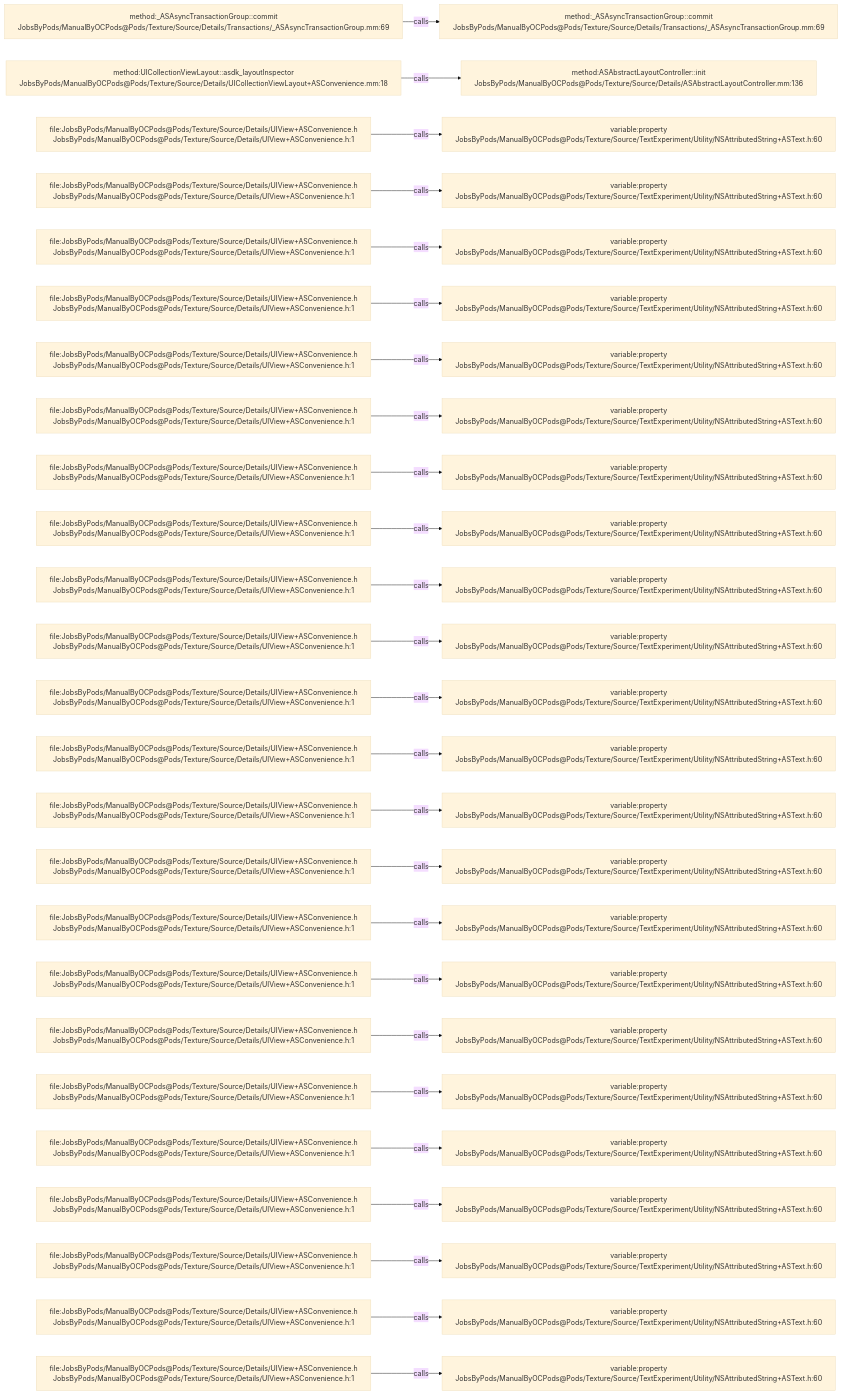
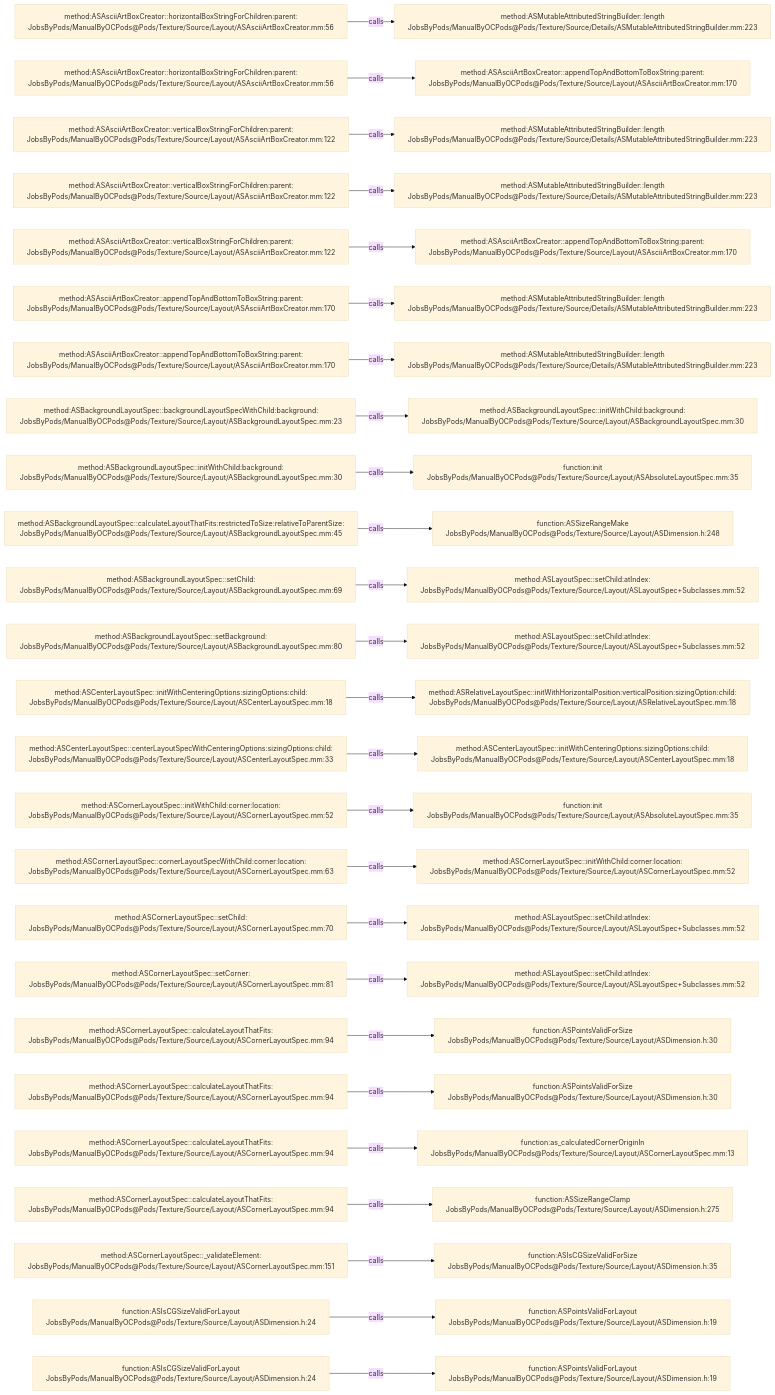
Before and after one commit to JobsKits/JobsOCBaseConfigDemo: the diagram in .codegraph/codegraph.md/graphs/calls-177.md, drawn with Mermaid (base theme). The commit also changed 1223 other files, not shown here.

````diff
--- a/.codegraph/codegraph.md/graphs/calls-177.md
+++ b/.codegraph/codegraph.md/graphs/calls-177.md
@@ -13,78 +13,78 @@
 ```mermaid
 flowchart LR
-  S1["method:_ASAsyncTransactionGroup::commit<br/>JobsByPods/ManualByOCPods@Pods/Texture/Source/Details/Transactions/_ASAsyncTransactionGroup.mm:69"]
-  T1["method:_ASAsyncTransactionGroup::commit<br/>JobsByPods/ManualByOCPods@Pods/Texture/Source/Details/Transactions/_ASAsyncTransactionGroup.mm:69"]
+  S1["method:ASAsciiArtBoxCreator::horizontalBoxStringForChildren:parent:<br/>JobsByPods/ManualByOCPods@Pods/Texture/Source/Layout/ASAsciiArtBoxCreator.mm:56"]
+  T1["method:ASMutableAttributedStringBuilder::length<br/>JobsByPods/ManualByOCPods@Pods/Texture/Source/Details/ASMutableAttributedStringBuilder.mm:223"]
   S1 -->|calls| T1
-  S2["method:UICollectionViewLayout::asdk_layoutInspector<br/>JobsByPods/ManualByOCPods@Pods/Texture/Source/Details/UICollectionViewLayout+ASConvenience.mm:18"]
-  T2["method:ASAbstractLayoutController::init<br/>JobsByPods/ManualByOCPods@Pods/Texture/Source/Details/ASAbstractLayoutController.mm:136"]
+  S2["method:ASAsciiArtBoxCreator::horizontalBoxStringForChildren:parent:<br/>JobsByPods/ManualByOCPods@Pods/Texture/Source/Layout/ASAsciiArtBoxCreator.mm:56"]
+  T2["method:ASAsciiArtBoxCreator::appendTopAndBottomToBoxString:parent:<br/>JobsByPods/ManualByOCPods@Pods/Texture/Source/Layout/ASAsciiArtBoxCreator.mm:170"]
   S2 -->|calls| T2
-  S3["file:JobsByPods/ManualByOCPods@Pods/Texture/Source/Details/UIView+ASConvenience.h<br/>JobsByPods/ManualByOCPods@Pods/Texture/Source/Details/UIView+ASConvenience.h:1"]
-  T3["variable:property<br/>JobsByPods/ManualByOCPods@Pods/Texture/Source/TextExperiment/Utility/NSAttributedString+ASText.h:60"]
+  S3["method:ASAsciiArtBoxCreator::verticalBoxStringForChildren:parent:<br/>JobsByPods/ManualByOCPods@Pods/Texture/Source/Layout/ASAsciiArtBoxCreator.mm:122"]
+  T3["method:ASMutableAttributedStringBuilder::length<br/>JobsByPods/ManualByOCPods@Pods/Texture/Source/Details/ASMutableAttributedStringBuilder.mm:223"]
   S3 -->|calls| T3
-  S4["file:JobsByPods/ManualByOCPods@Pods/Texture/Source/Details/UIView+ASConvenience.h<br/>JobsByPods/ManualByOCPods@Pods/Texture/Source/Details/UIView+ASConvenience.h:1"]
-  T4["variable:property<br/>JobsByPods/ManualByOCPods@Pods/Texture/Source/TextExperiment/Utility/NSAttributedString+ASText.h:60"]
+  S4["method:ASAsciiArtBoxCreator::verticalBoxStringForChildren:parent:<br/>JobsByPods/ManualByOCPods@Pods/Texture/Source/Layout/ASAsciiArtBoxCreator.mm:122"]
+  T4["method:ASMutableAttributedStringBuilder::length<br/>JobsByPods/ManualByOCPods@Pods/Texture/Source/Details/ASMutableAttributedStringBuilder.mm:223"]
   S4 -->|calls| T4
-  S5["file:JobsByPods/ManualByOCPods@Pods/Texture/Source/Details/UIView+ASConvenience.h<br/>JobsByPods/ManualByOCPods@Pods/Texture/Source/Details/UIView+ASConvenience.h:1"]
-  T5["variable:property<br/>JobsByPods/ManualByOCPods@Pods/Texture/Source/TextExperiment/Utility/NSAttributedString+ASText.h:60"]
+  S5["method:ASAsciiArtBoxCreator::verticalBoxStringForChildren:parent:<br/>JobsByPods/ManualByOCPods@Pods/Texture/Source/Layout/ASAsciiArtBoxCreator.mm:122"]
+  T5["method:ASAsciiArtBoxCreator::appendTopAndBottomToBoxString:parent:<br/>JobsByPods/ManualByOCPods@Pods/Texture/Source/Layout/ASAsciiArtBoxCreator.mm:170"]
   S5 -->|calls| T5
-  S6["file:JobsByPods/ManualByOCPods@Pods/Texture/Source/Details/UIView+ASConvenience.h<br/>JobsByPods/ManualByOCPods@Pods/Texture/Source/Details/UIView+ASConvenience.h:1"]
-  T6["variable:property<br/>JobsByPods/ManualByOCPods@Pods/Texture/Source/TextExperiment/Utility/NSAttributedString+ASText.h:60"]
+  S6["method:ASAsciiArtBoxCreator::appendTopAndBottomToBoxString:parent:<br/>JobsByPods/ManualByOCPods@Pods/Texture/Source/Layout/ASAsciiArtBoxCreator.mm:170"]
+  T6["method:ASMutableAttributedStringBuilder::length<br/>JobsByPods/ManualByOCPods@Pods/Texture/Source/Details/ASMutableAttributedStringBuilder.mm:223"]
   S6 -->|calls| T6
-  S7["file:JobsByPods/ManualByOCPods@Pods/Texture/Source/Details/UIView+ASConvenience.h<br/>JobsByPods/ManualByOCPods@Pods/Texture/Source/Details/UIView+ASConvenience.h:1"]
-  T7["variable:property<br/>JobsByPods/ManualByOCPods@Pods/Texture/Source/TextExperiment/Utility/NSAttributedString+ASText.h:60"]
+  S7["method:ASAsciiArtBoxCreator::appendTopAndBottomToBoxString:parent:<br/>JobsByPods/ManualByOCPods@Pods/Texture/Source/Layout/ASAsciiArtBoxCreator.mm:170"]
+  T7["method:ASMutableAttributedStringBuilder::length<br/>JobsByPods/ManualByOCPods@Pods/Texture/Source/Details/ASMutableAttributedStringBuilder.mm:223"]
   S7 -->|calls| T7
-  S8["file:JobsByPods/ManualByOCPods@Pods/Texture/Source/Details/UIView+ASConvenience.h<br/>JobsByPods/ManualByOCPods@Pods/Texture/Source/Details/UIView+ASConvenience.h:1"]
-  T8["variable:property<br/>JobsByPods/ManualByOCPods@Pods/Texture/Source/TextExperiment/Utility/NSAttributedString+ASText.h:60"]
+  S8["method:ASBackgroundLayoutSpec::backgroundLayoutSpecWithChild:background:<br/>JobsByPods/ManualByOCPods@Pods/Texture/Source/Layout/ASBackgroundLayoutSpec.mm:23"]
+  T8["method:ASBackgroundLayoutSpec::initWithChild:background:<br/>JobsByPods/ManualByOCPods@Pods/Texture/Source/Layout/ASBackgroundLayoutSpec.mm:30"]
   S8 -->|calls| T8
-  S9["file:JobsByPods/ManualByOCPods@Pods/Texture/Source/Details/UIView+ASConvenience.h<br/>JobsByPods/ManualByOCPods@Pods/Texture/Source/Details/UIView+ASConvenience.h:1"]
-  T9["variable:property<br/>JobsByPods/ManualByOCPods@Pods/Texture/Source/TextExperiment/Utility/NSAttributedString+ASText.h:60"]
+  S9["method:ASBackgroundLayoutSpec::initWithChild:background:<br/>JobsByPods/ManualByOCPods@Pods/Texture/Source/Layout/ASBackgroundLayoutSpec.mm:30"]
+  T9["function:init<br/>JobsByPods/ManualByOCPods@Pods/Texture/Source/Layout/ASAbsoluteLayoutSpec.mm:35"]
   S9 -->|calls| T9
-  S10["file:JobsByPods/ManualByOCPods@Pods/Texture/Source/Details/UIView+ASConvenience.h<br/>JobsByPods/ManualByOCPods@Pods/Texture/Source/Details/UIView+ASConvenience.h:1"]
-  T10["variable:property<br/>JobsByPods/ManualByOCPods@Pods/Texture/Source/TextExperiment/Utility/NSAttributedString+ASText.h:60"]
+  S10["method:ASBackgroundLayoutSpec::calculateLayoutThatFits:restrictedToSize:relativeToParentSize:<br/>JobsByPods/ManualByOCPods@Pods/Texture/Source/Layout/ASBackgroundLayoutSpec.mm:45"]
+  T10["function:ASSizeRangeMake<br/>JobsByPods/ManualByOCPods@Pods/Texture/Source/Layout/ASDimension.h:248"]
   S10 -->|calls| T10
-  S11["file:JobsByPods/ManualByOCPods@Pods/Texture/Source/Details/UIView+ASConvenience.h<br/>JobsByPods/ManualByOCPods@Pods/Texture/Source/Details/UIView+ASConvenience.h:1"]
-  T11["variable:property<br/>JobsByPods/ManualByOCPods@Pods/Texture/Source/TextExperiment/Utility/NSAttributedString+ASText.h:60"]
+  S11["method:ASBackgroundLayoutSpec::setChild:<br/>JobsByPods/ManualByOCPods@Pods/Texture/Source/Layout/ASBackgroundLayoutSpec.mm:69"]
+  T11["method:ASLayoutSpec::setChild:atIndex:<br/>JobsByPods/ManualByOCPods@Pods/Texture/Source/Layout/ASLayoutSpec+Subclasses.mm:52"]
   S11 -->|calls| T11
-  S12["file:JobsByPods/ManualByOCPods@Pods/Texture/Source/Details/UIView+ASConvenience.h<br/>JobsByPods/ManualByOCPods@Pods/Texture/Source/Details/UIView+ASConvenience.h:1"]
-  T12["variable:property<br/>JobsByPods/ManualByOCPods@Pods/Texture/Source/TextExperiment/Utility/NSAttributedString+ASText.h:60"]
+  S12["method:ASBackgroundLayoutSpec::setBackground:<br/>JobsByPods/ManualByOCPods@Pods/Texture/Source/Layout/ASBackgroundLayoutSpec.mm:80"]
+  T12["method:ASLayoutSpec::setChild:atIndex:<br/>JobsByPods/ManualByOCPods@Pods/Texture/Source/Layout/ASLayoutSpec+Subclasses.mm:52"]
   S12 -->|calls| T12
-  S13["file:JobsByPods/ManualByOCPods@Pods/Texture/Source/Details/UIView+ASConvenience.h<br/>JobsByPods/ManualByOCPods@Pods/Texture/Source/Details/UIView+ASConvenience.h:1"]
-  T13["variable:property<br/>JobsByPods/ManualByOCPods@Pods/Texture/Source/TextExperiment/Utility/NSAttributedString+ASText.h:60"]
+  S13["method:ASCenterLayoutSpec::initWithCenteringOptions:sizingOptions:child:<br/>JobsByPods/ManualByOCPods@Pods/Texture/Source/Layout/ASCenterLayoutSpec.mm:18"]
+  T13["method:ASRelativeLayoutSpec::initWithHorizontalPosition:verticalPosition:sizingOption:child:<br/>JobsByPods/ManualByOCPods@Pods/Texture/Source/Layout/ASRelativeLayoutSpec.mm:18"]
   S13 -->|calls| T13
-  S14["file:JobsByPods/ManualByOCPods@Pods/Texture/Source/Details/UIView+ASConvenience.h<br/>JobsByPods/ManualByOCPods@Pods/Texture/Source/Details/UIView+ASConvenience.h:1"]
-  T14["variable:property<br/>JobsByPods/ManualByOCPods@Pods/Texture/Source/TextExperiment/Utility/NSAttributedString+ASText.h:60"]
+  S14["method:ASCenterLayoutSpec::centerLayoutSpecWithCenteringOptions:sizingOptions:child:<br/>JobsByPods/ManualByOCPods@Pods/Texture/Source/Layout/ASCenterLayoutSpec.mm:33"]
+  T14["method:ASCenterLayoutSpec::initWithCenteringOptions:sizingOptions:child:<br/>JobsByPods/ManualByOCPods@Pods/Texture/Source/Layout/ASCenterLayoutSpec.mm:18"]
   S14 -->|calls| T14
-  S15["file:JobsByPods/ManualByOCPods@Pods/Texture/Source/Details/UIView+ASConvenience.h<br/>JobsByPods/ManualByOCPods@Pods/Texture/Source/Details/UIView+ASConvenience.h:1"]
-  T15["variable:property<br/>JobsByPods/ManualByOCPods@Pods/Texture/Source/TextExperiment/Utility/NSAttributedString+ASText.h:60"]
+  S15["method:ASCornerLayoutSpec::initWithChild:corner:location:<br/>JobsByPods/ManualByOCPods@Pods/Texture/Source/Layout/ASCornerLayoutSpec.mm:52"]
+  T15["function:init<br/>JobsByPods/ManualByOCPods@Pods/Texture/Source/Layout/ASAbsoluteLayoutSpec.mm:35"]
   S15 -->|calls| T15
-  S16["file:JobsByPods/ManualByOCPods@Pods/Texture/Source/Details/UIView+ASConvenience.h<br/>JobsByPods/ManualByOCPods@Pods/Texture/Source/Details/UIView+ASConvenience.h:1"]
-  T16["variable:property<br/>JobsByPods/ManualByOCPods@Pods/Texture/Source/TextExperiment/Utility/NSAttributedString+ASText.h:60"]
+  S16["method:ASCornerLayoutSpec::cornerLayoutSpecWithChild:corner:location:<br/>JobsByPods/ManualByOCPods@Pods/Texture/Source/Layout/ASCornerLayoutSpec.mm:63"]
+  T16["method:ASCornerLayoutSpec::initWithChild:corner:location:<br/>JobsByPods/ManualByOCPods@Pods/Texture/Source/Layout/ASCornerLayoutSpec.mm:52"]
   S16 -->|calls| T16
-  S17["file:JobsByPods/ManualByOCPods@Pods/Texture/Source/Details/UIView+ASConvenience.h<br/>JobsByPods/ManualByOCPods@Pods/Texture/Source/Details/UIView+ASConvenience.h:1"]
-  T17["variable:property<br/>JobsByPods/ManualByOCPods@Pods/Texture/Source/TextExperiment/Utility/NSAttributedString+ASText.h:60"]
+  S17["method:ASCornerLayoutSpec::setChild:<br/>JobsByPods/ManualByOCPods@Pods/Texture/Source/Layout/ASCornerLayoutSpec.mm:70"]
+  T17["method:ASLayoutSpec::setChild:atIndex:<br/>JobsByPods/ManualByOCPods@Pods/Texture/Source/Layout/ASLayoutSpec+Subclasses.mm:52"]
   S17 -->|calls| T17
-  S18["file:JobsByPods/ManualByOCPods@Pods/Texture/Source/Details/UIView+ASConvenience.h<br/>JobsByPods/ManualByOCPods@Pods/Texture/Source/Details/UIView+ASConvenience.h:1"]
-  T18["variable:property<br/>JobsByPods/ManualByOCPods@Pods/Texture/Source/TextExperiment/Utility/NSAttributedString+ASText.h:60"]
+  S18["method:ASCornerLayoutSpec::setCorner:<br/>JobsByPods/ManualByOCPods@Pods/Texture/Source/Layout/ASCornerLayoutSpec.mm:81"]
+  T18["method:ASLayoutSpec::setChild:atIndex:<br/>JobsByPods/ManualByOCPods@Pods/Texture/Source/Layout/ASLayoutSpec+Subclasses.mm:52"]
   S18 -->|calls| T18
-  S19["file:JobsByPods/ManualByOCPods@Pods/Texture/Source/Details/UIView+ASConvenience.h<br/>JobsByPods/ManualByOCPods@Pods/Texture/Source/Details/UIView+ASConvenience.h:1"]
-  T19["variable:property<br/>JobsByPods/ManualByOCPods@Pods/Texture/Source/TextExperiment/Utility/NSAttributedString+ASText.h:60"]
+  S19["method:ASCornerLayoutSpec::calculateLayoutThatFits:<br/>JobsByPods/ManualByOCPods@Pods/Texture/Source/Layout/ASCornerLayoutSpec.mm:94"]
+  T19["function:ASPointsValidForSize<br/>JobsByPods/ManualByOCPods@Pods/Texture/Source/Layout/ASDimension.h:30"]
   S19 -->|calls| T19
-  S20["file:JobsByPods/ManualByOCPods@Pods/Texture/Source/Details/UIView+ASConvenience.h<br/>JobsByPods/ManualByOCPods@Pods/Texture/Source/Details/UIView+ASConvenience.h:1"]
-  T20["variable:property<br/>JobsByPods/ManualByOCPods@Pods/Texture/Source/TextExperiment/Utility/NSAttributedString+ASText.h:60"]
+  S20["method:ASCornerLayoutSpec::calculateLayoutThatFits:<br/>JobsByPods/ManualByOCPods@Pods/Texture/Source/Layout/ASCornerLayoutSpec.mm:94"]
+  T20["function:ASPointsValidForSize<br/>JobsByPods/ManualByOCPods@Pods/Texture/Source/Layout/ASDimension.h:30"]
   S20 -->|calls| T20
-  S21["file:JobsByPods/ManualByOCPods@Pods/Texture/Source/Details/UIView+ASConvenience.h<br/>JobsByPods/ManualByOCPods@Pods/Texture/Source/Details/UIView+ASConvenience.h:1"]
-  T21["variable:property<br/>JobsByPods/ManualByOCPods@Pods/Texture/Source/TextExperiment/Utility/NSAttributedString+ASText.h:60"]
+  S21["method:ASCornerLayoutSpec::calculateLayoutThatFits:<br/>JobsByPods/ManualByOCPods@Pods/Texture/Source/Layout/ASCornerLayoutSpec.mm:94"]
+  T21["function:as_calculatedCornerOriginIn<br/>JobsByPods/ManualByOCPods@Pods/Texture/Source/Layout/ASCornerLayoutSpec.mm:13"]
   S21 -->|calls| T21
-  S22["file:JobsByPods/ManualByOCPods@Pods/Texture/Source/Details/UIView+ASConvenience.h<br/>JobsByPods/ManualByOCPods@Pods/Texture/Source/Details/UIView+ASConvenience.h:1"]
-  T22["variable:property<br/>JobsByPods/ManualByOCPods@Pods/Texture/Source/TextExperiment/Utility/NSAttributedString+ASText.h:60"]
+  S22["method:ASCornerLayoutSpec::calculateLayoutThatFits:<br/>JobsByPods/ManualByOCPods@Pods/Texture/Source/Layout/ASCornerLayoutSpec.mm:94"]
+  T22["function:ASSizeRangeClamp<br/>JobsByPods/ManualByOCPods@Pods/Texture/Source/Layout/ASDimension.h:275"]
   S22 -->|calls| T22
-  S23["file:JobsByPods/ManualByOCPods@Pods/Texture/Source/Details/UIView+ASConvenience.h<br/>JobsByPods/ManualByOCPods@Pods/Texture/Source/Details/UIView+ASConvenience.h:1"]
-  T23["variable:property<br/>JobsByPods/ManualByOCPods@Pods/Texture/Source/TextExperiment/Utility/NSAttributedString+ASText.h:60"]
+  S23["method:ASCornerLayoutSpec::_validateElement:<br/>JobsByPods/ManualByOCPods@Pods/Texture/Source/Layout/ASCornerLayoutSpec.mm:151"]
+  T23["function:ASIsCGSizeValidForSize<br/>JobsByPods/ManualByOCPods@Pods/Texture/Source/Layout/ASDimension.h:35"]
   S23 -->|calls| T23
-  S24["file:JobsByPods/ManualByOCPods@Pods/Texture/Source/Details/UIView+ASConvenience.h<br/>JobsByPods/ManualByOCPods@Pods/Texture/Source/Details/UIView+ASConvenience.h:1"]
-  T24["variable:property<br/>JobsByPods/ManualByOCPods@Pods/Texture/Source/TextExperiment/Utility/NSAttributedString+ASText.h:60"]
+  S24["function:ASIsCGSizeValidForLayout<br/>JobsByPods/ManualByOCPods@Pods/Texture/Source/Layout/ASDimension.h:24"]
+  T24["function:ASPointsValidForLayout<br/>JobsByPods/ManualByOCPods@Pods/Texture/Source/Layout/ASDimension.h:19"]
   S24 -->|calls| T24
-  S25["file:JobsByPods/ManualByOCPods@Pods/Texture/Source/Details/UIView+ASConvenience.h<br/>JobsByPods/ManualByOCPods@Pods/Texture/Source/Details/UIView+ASConvenience.h:1"]
-  T25["variable:property<br/>JobsByPods/ManualByOCPods@Pods/Texture/Source/TextExperiment/Utility/NSAttributedString+ASText.h:60"]
+  S25["function:ASIsCGSizeValidForLayout<br/>JobsByPods/ManualByOCPods@Pods/Texture/Source/Layout/ASDimension.h:24"]
+  T25["function:ASPointsValidForLayout<br/>JobsByPods/ManualByOCPods@Pods/Texture/Source/Layout/ASDimension.h:19"]
   S25 -->|calls| T25
 ```
````
